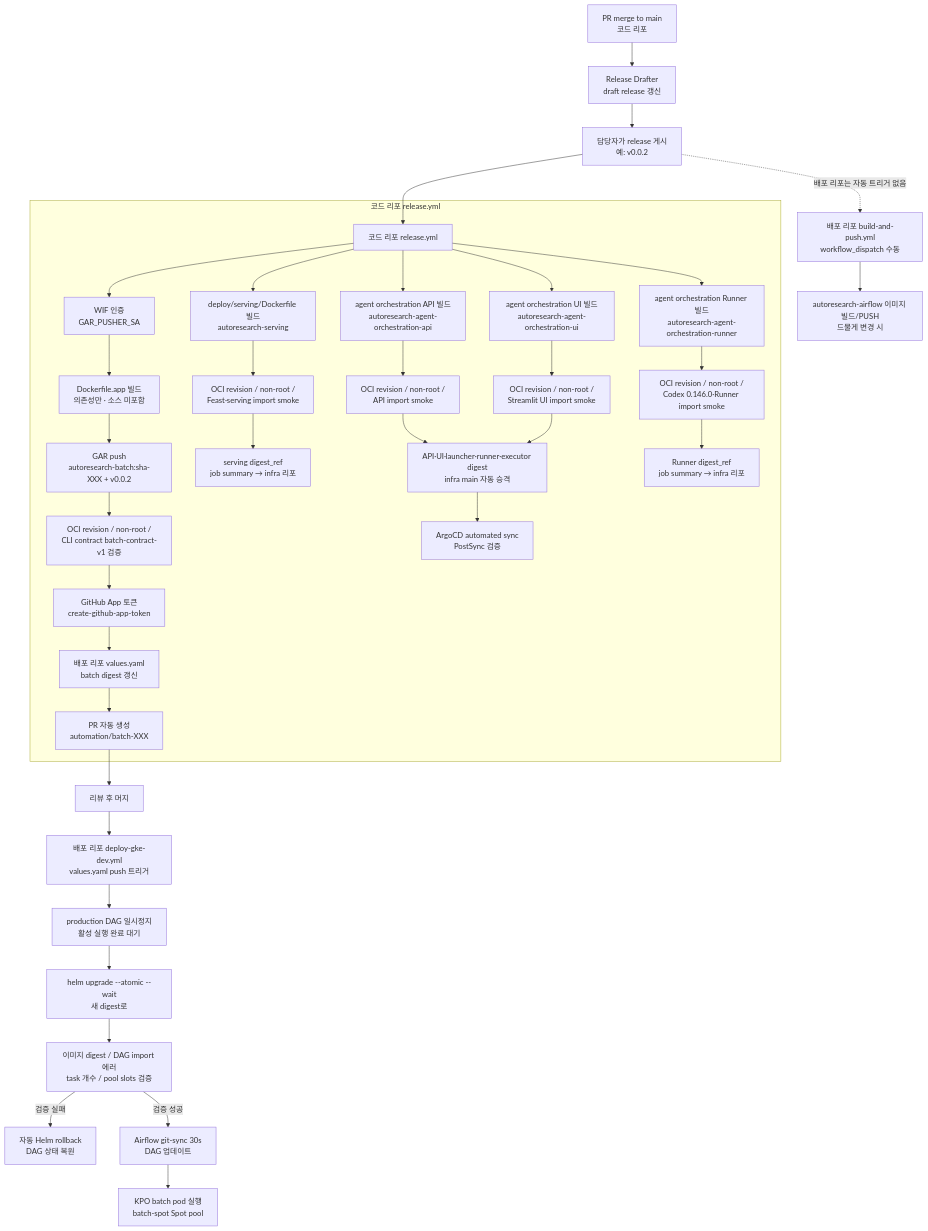
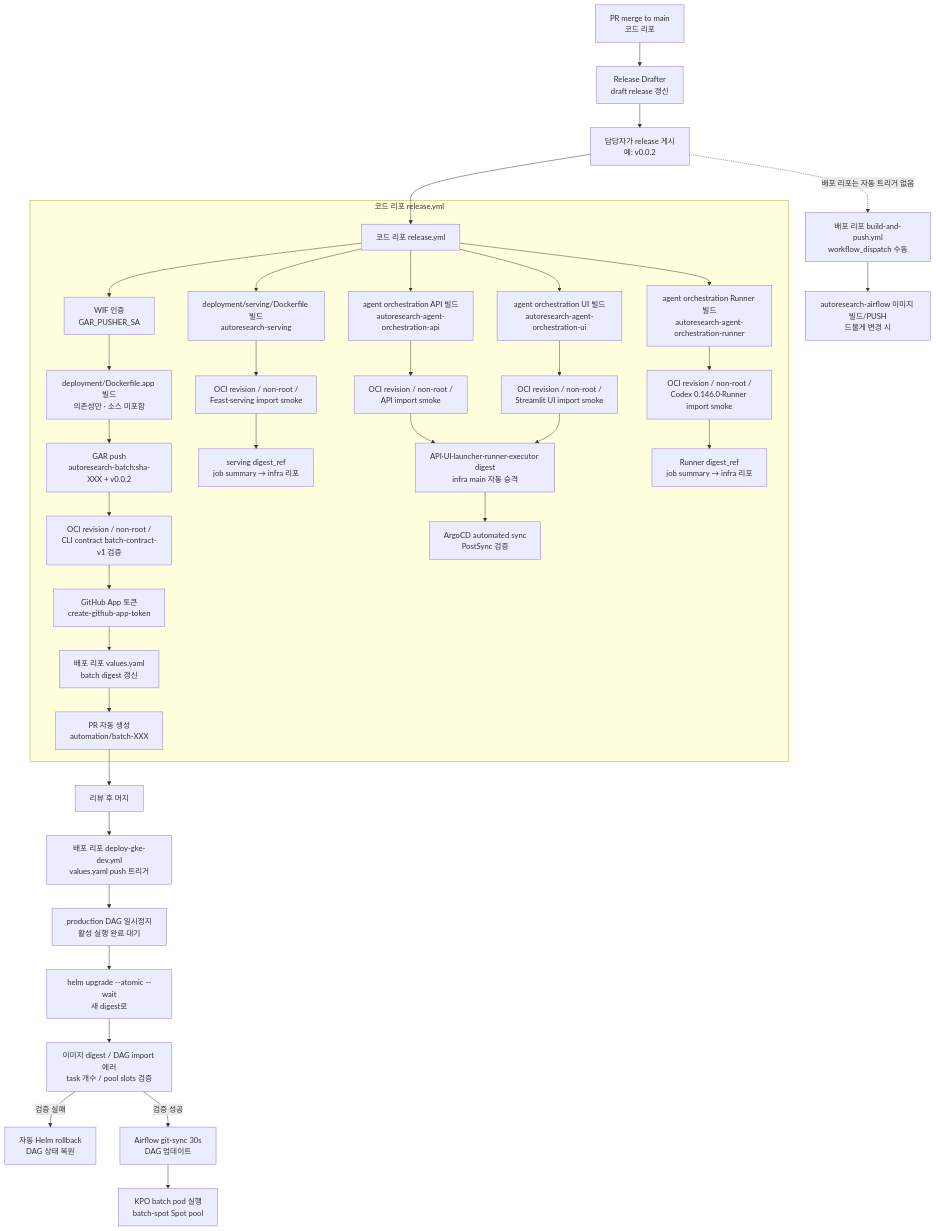
The diagram in docs/guides/release-pipeline.md (SKYAHO/Autoresearch), drawn with Mermaid before and after one commit. The commit also changed other lines of this file and 11 other files, not shown here.

````diff
--- a/docs/guides/release-pipeline.md
+++ b/docs/guides/release-pipeline.md
@@ -24,41 +24,41 @@
 ```mermaid
 flowchart TD
     PR[PR merge to main<br/>코드 리포] --> RD[Release Drafter<br/>draft release 갱신]
     RD --> PUB[담당자가 release 게시<br/>예: v0.0.2]
     PUB --> RY[코드 리포 release.yml]
 
     subgraph 코드 리포 release.yml
         RY --> WIF1[WIF 인증<br/>GAR_PUSHER_SA]
-        WIF1 --> BUILD[Dockerfile.app 빌드<br/>의존성만 · 소스 미포함]
+        WIF1 --> BUILD[deployment/Dockerfile.app 빌드<br/>의존성만 · 소스 미포함]
         BUILD --> PUSH1[GAR push<br/>autoresearch-batch:sha-XXX + v0.0.2]
         PUSH1 --> VERIFY[OCI revision / non-root /<br/>CLI contract batch-contract-v1 검증]
         VERIFY --> APP[GitHub App 토큰<br/>create-github-app-token]
         APP --> PROMO[배포 리포 values.yaml<br/>batch digest 갱신]
         PROMO --> PRAUTO[PR 자동 생성<br/>automation/batch-XXX]
-        RY --> SERVING[deploy/serving/Dockerfile 빌드<br/>autoresearch-serving]
+        RY --> SERVING[deployment/serving/Dockerfile 빌드<br/>autoresearch-serving]
         SERVING --> SVERIFY[OCI revision / non-root /<br/>Feast·serving import smoke]
         SVERIFY --> SSUMMARY[serving digest_ref<br/>job summary → infra 리포]
         RY --> ORCHAPI[agent orchestration API 빌드<br/>autoresearch-agent-orchestration-api]
         ORCHAPI --> ORCHAPIVERIFY[OCI revision / non-root /<br/>API import smoke]
         ORCHAPIVERIFY --> ORCHPROMOTE[API·UI·launcher·runner·executor digest<br/>infra main 자동 승격]
         RY --> ORCHRUNNER[agent orchestration Runner 빌드<br/>autoresearch-agent-orchestration-runner]
         ORCHRUNNER --> ORCHRUNNERVERIFY[OCI revision / non-root /<br/>Codex 0.146.0·Runner import smoke]
         ORCHRUNNERVERIFY --> ORCHRUNNERSUMMARY[Runner digest_ref<br/>job summary → infra 리포]
         RY --> ORCHUI[agent orchestration UI 빌드<br/>autoresearch-agent-orchestration-ui]
         ORCHUI --> ORCHUIVERIFY[OCI revision / non-root /<br/>Streamlit UI import smoke]
         ORCHUIVERIFY --> ORCHPROMOTE
         ORCHPROMOTE --> ARGOCD[ArgoCD automated sync<br/>PostSync 검증]
     end
 
     PRAUTO --> MERGE2[리뷰 후 머지]
     MERGE2 --> DEPLOY[배포 리포 deploy-gke-dev.yml<br/>values.yaml push 트리거]
     DEPLOY --> PAUSE[production DAG 일시정지<br/>활성 실행 완료 대기]
     PAUSE --> GKE[helm upgrade --atomic --wait<br/>새 digest로]
     GKE --> VERIFY2[이미지 digest / DAG import 에러<br/>task 개수 / pool slots 검증]
     VERIFY2 -->|검증 실패| ROLLBACK[자동 Helm rollback<br/>DAG 상태 복원]
     VERIFY2 -->|검증 성공| GITSYNC[Airflow git-sync 30s<br/>DAG 업데이트]
     GITSYNC --> KPO[KPO batch pod 실행<br/>batch-spot Spot pool]
 
     PUB -.->|배포 리포는 자동 트리거 없음| BAP[배포 리포 build-and-push.yml<br/>workflow_dispatch 수동]
     BAP --> AIRFLOW[autoresearch-airflow 이미지 빌드/PUSH<br/>드물게 변경 시]
 ```
````
